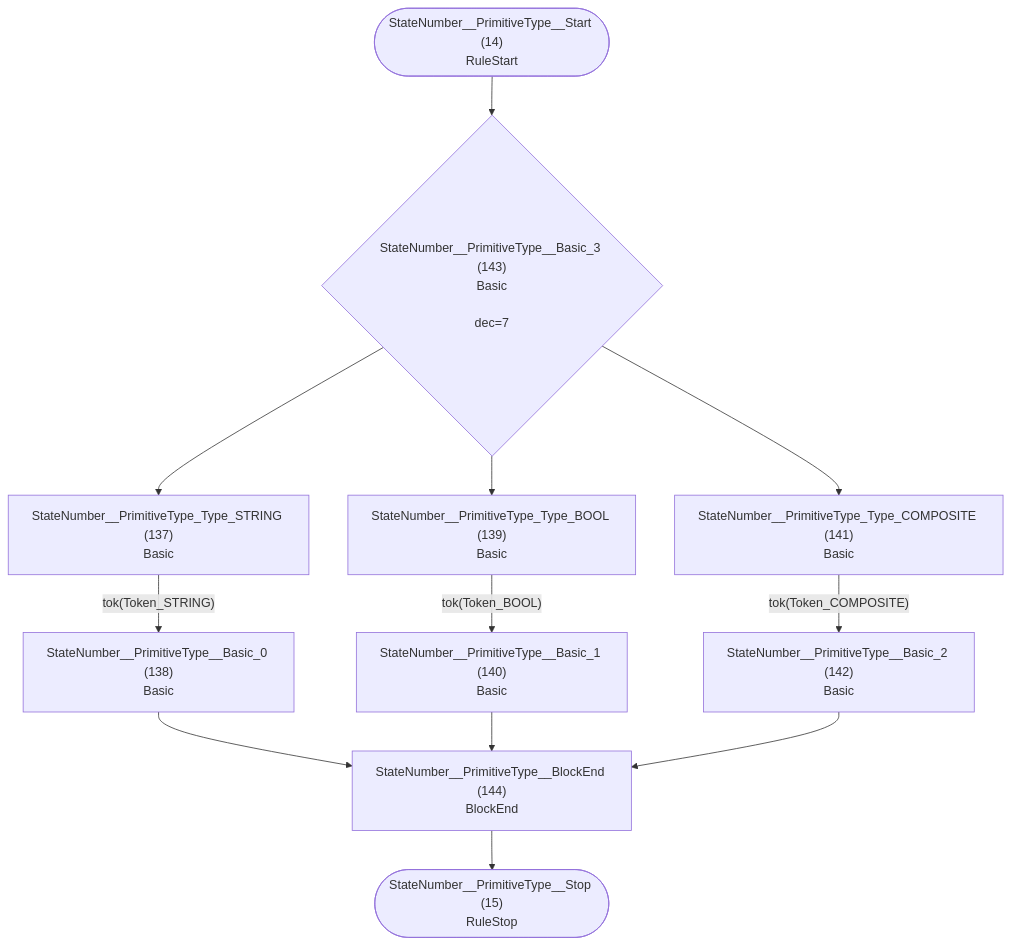
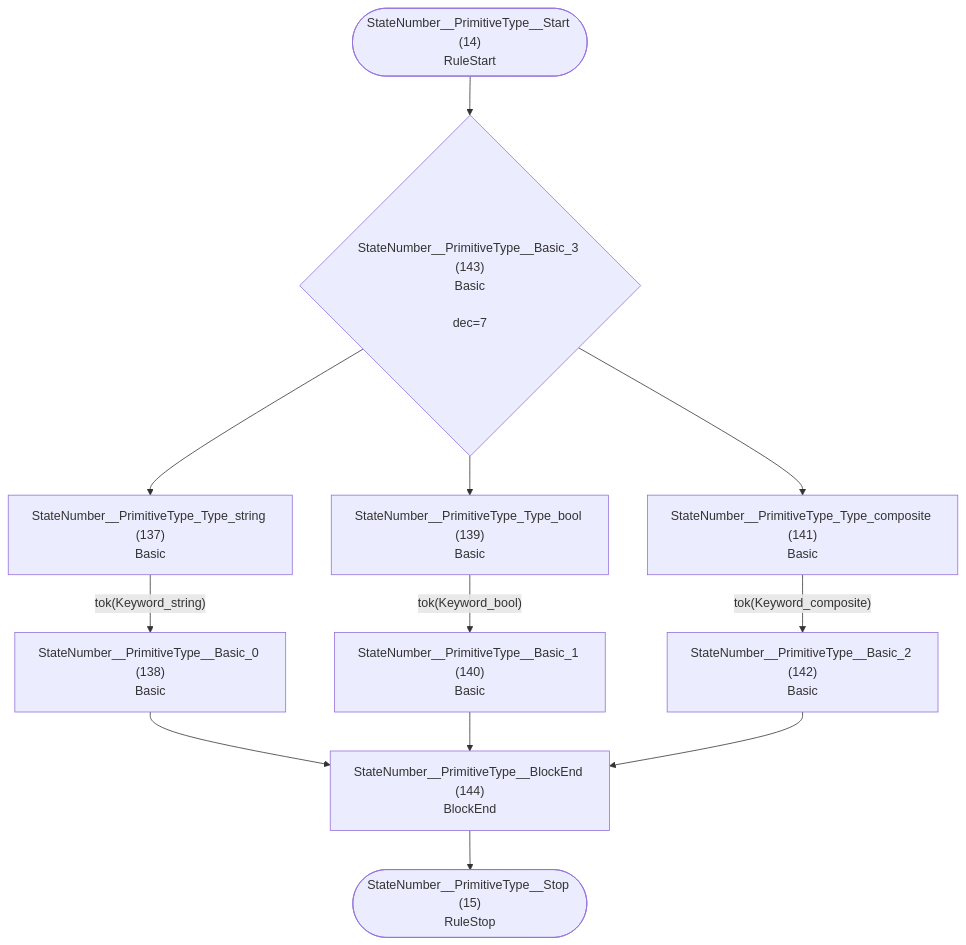
The eighth of 37 diagrams in internal/grammar/atn.md (TypeFox/fastbelt), drawn with Mermaid before and after one commit. The commit also changed other lines of this file and 7 other files, not shown here.

````diff
--- a/internal/grammar/atn.md
+++ b/internal/grammar/atn.md
@@ -214,25 +214,25 @@
 ```mermaid
 flowchart TD
     q14(["StateNumber__PrimitiveType__Start (14)<br/>RuleStart"])
     q15(["StateNumber__PrimitiveType__Stop (15)<br/>RuleStop"])
-    q137["StateNumber__PrimitiveType_Type_STRING (137)<br/>Basic<br/>"]
+    q137["StateNumber__PrimitiveType_Type_string (137)<br/>Basic<br/>"]
     q138["StateNumber__PrimitiveType__Basic_0 (138)<br/>Basic<br/>"]
-    q139["StateNumber__PrimitiveType_Type_BOOL (139)<br/>Basic<br/>"]
+    q139["StateNumber__PrimitiveType_Type_bool (139)<br/>Basic<br/>"]
     q140["StateNumber__PrimitiveType__Basic_1 (140)<br/>Basic<br/>"]
-    q141["StateNumber__PrimitiveType_Type_COMPOSITE (141)<br/>Basic<br/>"]
+    q141["StateNumber__PrimitiveType_Type_composite (141)<br/>Basic<br/>"]
     q142["StateNumber__PrimitiveType__Basic_2 (142)<br/>Basic<br/>"]
     q143{"StateNumber__PrimitiveType__Basic_3 (143)<br/>Basic<br/><br/>dec=7"}
     q144["StateNumber__PrimitiveType__BlockEnd (144)<br/>BlockEnd<br/>"]
 
     q14 --> q143
-    q137 -->|"tok(Token_STRING)"| q138
+    q137 -->|"tok(Keyword_string)"| q138
     q138 --> q144
-    q139 -->|"tok(Token_BOOL)"| q140
+    q139 -->|"tok(Keyword_bool)"| q140
     q140 --> q144
-    q141 -->|"tok(Token_COMPOSITE)"| q142
+    q141 -->|"tok(Keyword_composite)"| q142
     q142 --> q144
     q143 --> q137
     q143 --> q139
     q143 --> q141
     q144 --> q15
 ```
````
